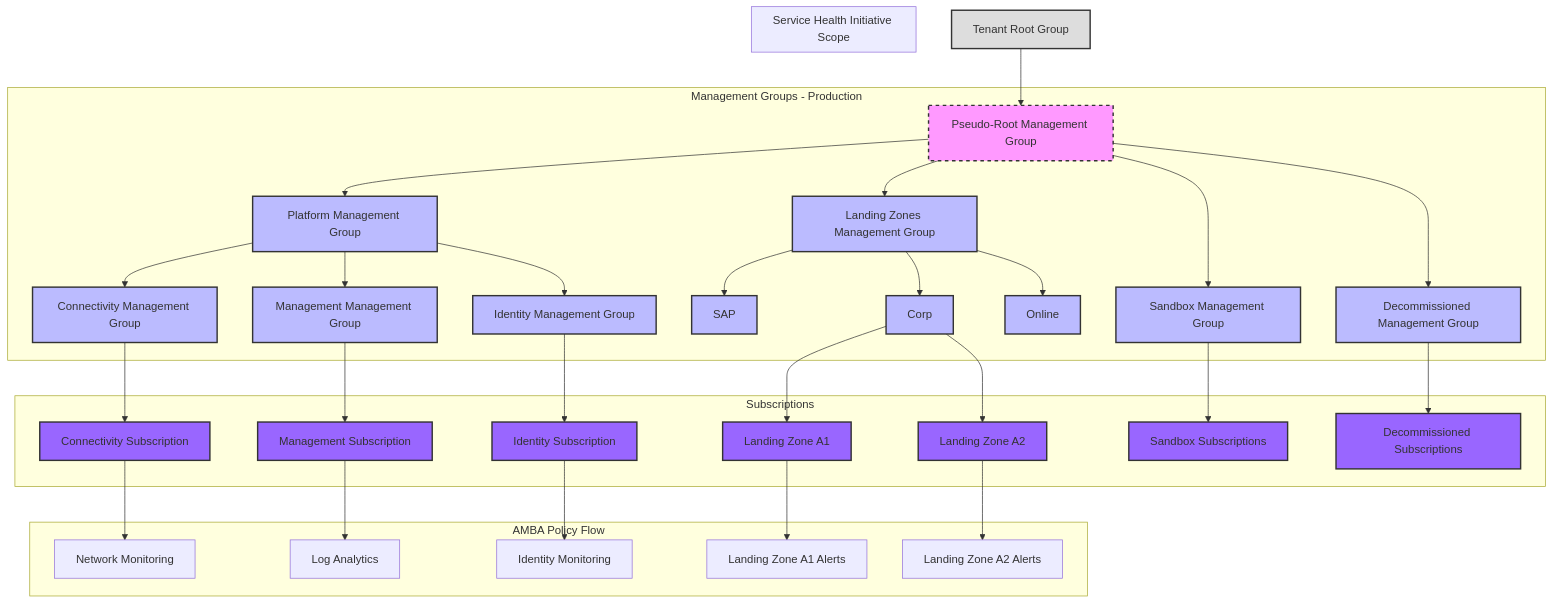
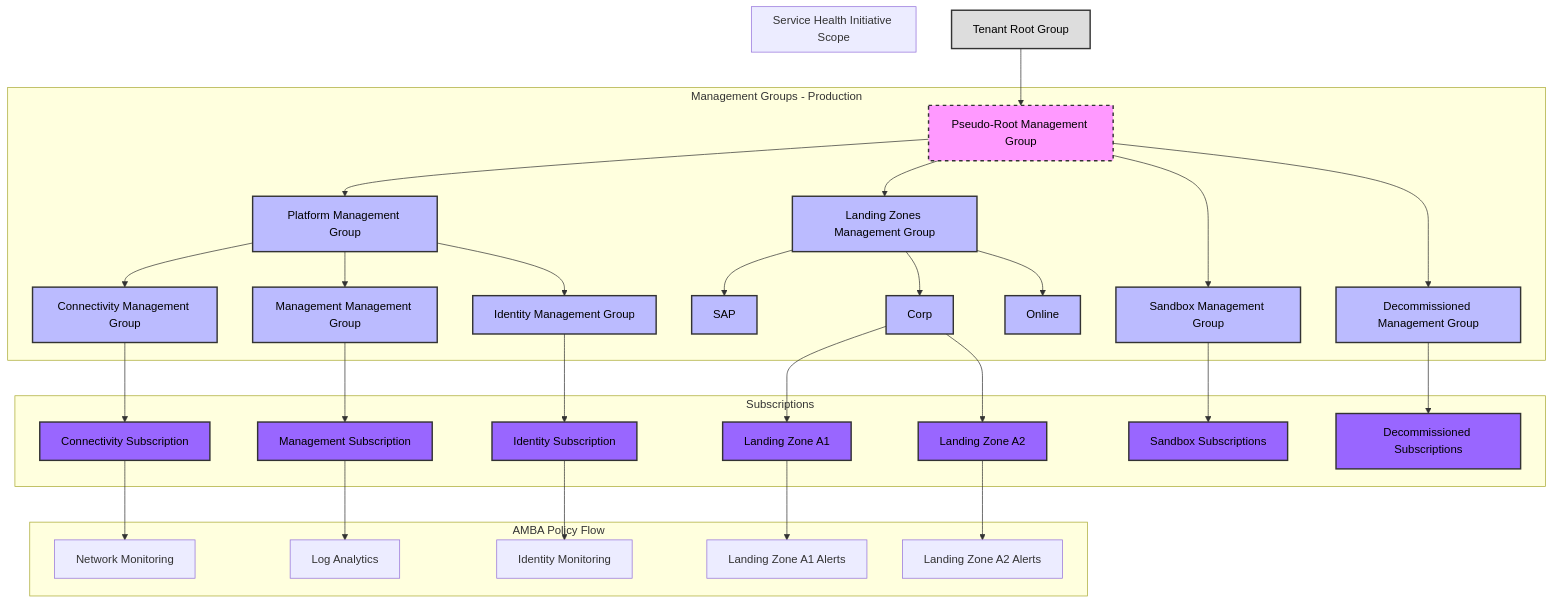
The first of 5 diagrams in docs/03-ALZ-Integration.md (davoodharun/amba-design-doc), drawn with Mermaid before and after one commit. The commit also changed other lines of this file, not shown here.

Commit message:
updates diagrams

````diff
--- a/docs/03-ALZ-Integration.md
+++ b/docs/03-ALZ-Integration.md
@@ -50,64 +50,64 @@
 ```mermaid
 graph TD
     A[Tenant Root Group] --> B[Pseudo-Root Management Group]
     
     subgraph "Management Groups - Production"
     B --> C[Platform Management Group]
     B --> D[Landing Zones Management Group]
     B --> J[Sandbox Management Group]
     B --> K[Decommissioned Management Group]
     
     C --> E[Connectivity Management Group]
     C --> F[Management Management Group]
     C --> G[Identity Management Group]
     D --> H[SAP]
     D --> I[Corp]
     D --> L[Online]
     end
     
     subgraph "Subscriptions"
     E --> E1[Connectivity Subscription]
     F --> F1[Management Subscription]
     G --> G1[Identity Subscription]
     I --> I1[Landing Zone A1]
     I --> I2[Landing Zone A2]
     J --> J1[Sandbox Subscriptions]
     K --> K1[Decommissioned Subscriptions]
     end
     
     subgraph "Service Health Initiative Scope"
         B
         C
         D
         J
         K
     end
     
     subgraph "AMBA Policy Flow"
         E1 --> M[Network Monitoring]
         F1 --> N[Log Analytics]
         G1 --> O[Identity Monitoring]
         I1 --> P1[Landing Zone A1 Alerts]
         I2 --> P2[Landing Zone A2 Alerts]
     end
     
-    style A fill:#ddd,stroke:#333,stroke-width:2px
-    style B fill:#f9f,stroke:#333,stroke-width:2px,stroke-dasharray: 5 5
-    style C fill:#bbf,stroke:#333,stroke-width:2px
-    style D fill:#bbf,stroke:#333,stroke-width:2px
-    style E fill:#bbf,stroke:#333,stroke-width:2px
-    style F fill:#bbf,stroke:#333,stroke-width:2px
-    style G fill:#bbf,stroke:#333,stroke-width:2px
-    style H fill:#bbf,stroke:#333,stroke-width:2px
-    style I fill:#bbf,stroke:#333,stroke-width:2px
-    style L fill:#bbf,stroke:#333,stroke-width:2px
-    style J fill:#bbf,stroke:#333,stroke-width:2px
-    style K fill:#bbf,stroke:#333,stroke-width:2px
-    style E1 fill:#96f,stroke:#333,stroke-width:2px
-    style F1 fill:#96f,stroke:#333,stroke-width:2px
-    style G1 fill:#96f,stroke:#333,stroke-width:2px
-    style I1 fill:#96f,stroke:#333,stroke-width:2px
-    style I2 fill:#96f,stroke:#333,stroke-width:2px
-    style J1 fill:#96f,stroke:#333,stroke-width:2px
-    style K1 fill:#96f,stroke:#333,stroke-width:2px
+    style A fill:#ddd,stroke:#333,stroke-width:2px,color:#000
+    style B fill:#f9f,stroke:#333,stroke-width:2px,stroke-dasharray: 5 5,color:#000
+    style C fill:#bbf,stroke:#333,stroke-width:2px,color:#000
+    style D fill:#bbf,stroke:#333,stroke-width:2px,color:#000
+    style E fill:#bbf,stroke:#333,stroke-width:2px,color:#000
+    style F fill:#bbf,stroke:#333,stroke-width:2px,color:#000
+    style G fill:#bbf,stroke:#333,stroke-width:2px,color:#000
+    style H fill:#bbf,stroke:#333,stroke-width:2px,color:#000
+    style I fill:#bbf,stroke:#333,stroke-width:2px,color:#000
+    style L fill:#bbf,stroke:#333,stroke-width:2px,color:#000
+    style J fill:#bbf,stroke:#333,stroke-width:2px,color:#000
+    style K fill:#bbf,stroke:#333,stroke-width:2px,color:#000
+    style E1 fill:#96f,stroke:#333,stroke-width:2px,color:#000
+    style F1 fill:#96f,stroke:#333,stroke-width:2px,color:#000
+    style G1 fill:#96f,stroke:#333,stroke-width:2px,color:#000
+    style I1 fill:#96f,stroke:#333,stroke-width:2px,color:#000
+    style I2 fill:#96f,stroke:#333,stroke-width:2px,color:#000
+    style J1 fill:#96f,stroke:#333,stroke-width:2px,color:#000
+    style K1 fill:#96f,stroke:#333,stroke-width:2px,color:#000
 ```
````
